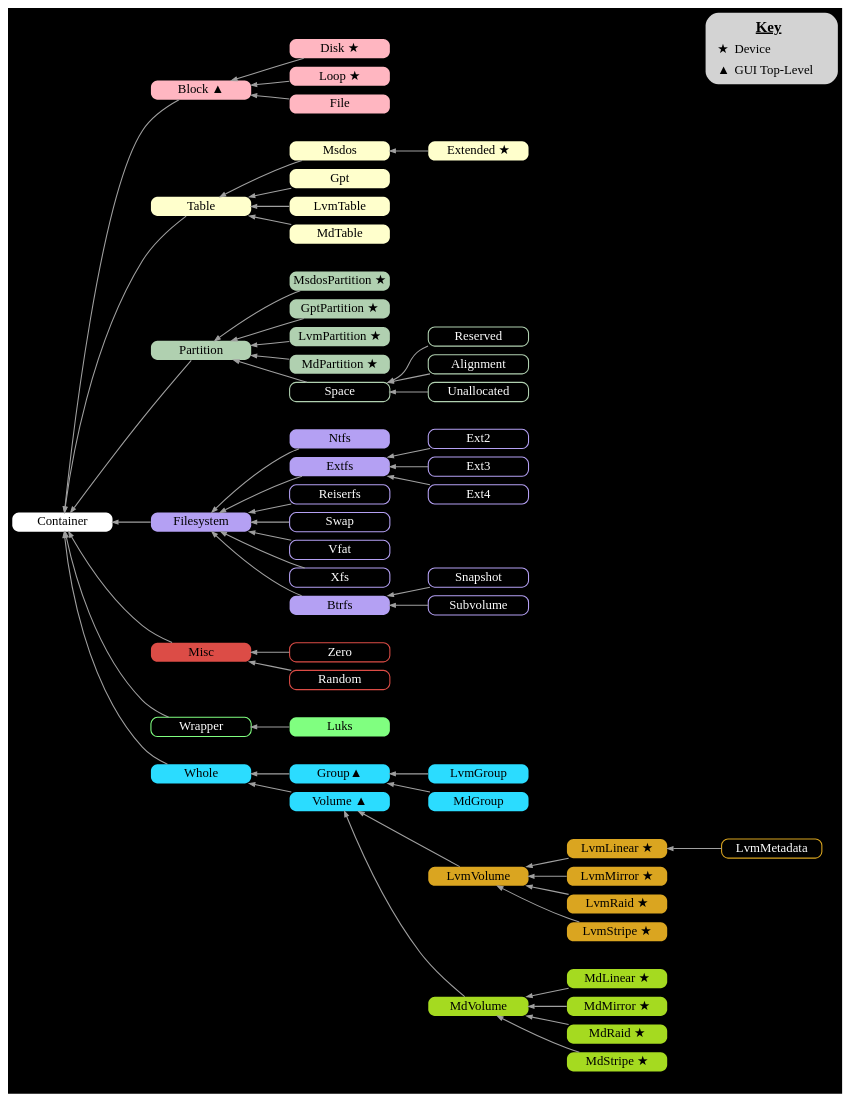
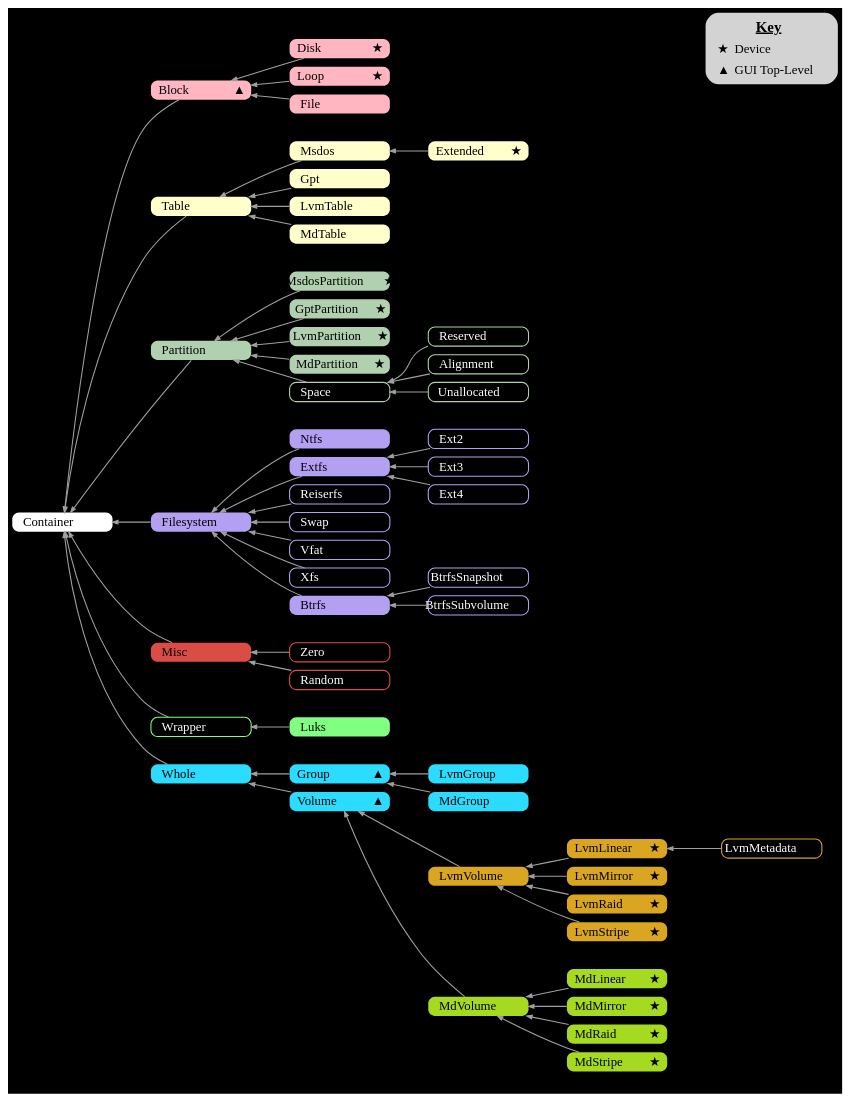
One commit to flatcap/dparted changed the diagram in gfx/class_dparted5.gv. Above: the diagram before and after it, drawn with Graphviz.

Commit message:
html labels

```diff
--- a/gfx/class_dparted5.gv
+++ b/gfx/class_dparted5.gv
@@ -31,76 +31,76 @@
 		<tr><td>▲</td><td align="left">GUI Top-Level</td></tr>
 	      </table> > ]
 
-	Container      [ fillcolor="#FFFFFF" label="Container"        ];
+	Container      [ fillcolor="#FFFFFF"                                    label=< <table border="0" cellspacing="0" cellpadding="0"> <tr><td width="70" align="left">Container</td><td>&nbsp;</td></tr> </table> > ]
 
-	Block          [ fillcolor="#FFB6C1" label="Block ▲"          ];
-	Disk           [ fillcolor="#FFB6C1" label="Disk ★"           ];
-	Loop           [ fillcolor="#FFB6C1" label="Loop ★"           ];
-	File           [ fillcolor="#FFB6C1" label="File"             ];
+	Block          [ fillcolor="#FFB6C1"                                    label=< <table border="0" cellspacing="0" cellpadding="0"> <tr><td width="70" align="left">Block</td><td>▲</td></tr> </table> > ]
+	Disk           [ fillcolor="#FFB6C1"                                    label=< <table border="0" cellspacing="0" cellpadding="0"> <tr><td width="70" align="left">Disk</td><td>★</td></tr> </table> > ]
+	Loop           [ fillcolor="#FFB6C1"                                    label=< <table border="0" cellspacing="0" cellpadding="0"> <tr><td width="70" align="left">Loop</td><td>★</td></tr> </table> > ]
+	File           [ fillcolor="#FFB6C1"                                    label=< <table border="0" cellspacing="0" cellpadding="0"> <tr><td width="70" align="left">File</td><td>&nbsp;</td></tr> </table> > ]
 
-	Table          [ fillcolor="#FFFFCC" label="Table"            ];
-	Msdos          [ fillcolor="#FFFFCC" label="Msdos"            ];
-	Extended       [ fillcolor="#FFFFCC" label="Extended ★"       ];
-	Gpt            [ fillcolor="#FFFFCC" label="Gpt"              ];
-	LvmTable       [ fillcolor="#FFFFCC" label="LvmTable"         ];
-	MdTable        [ fillcolor="#FFFFCC" label="MdTable"          ];
+	Table          [ fillcolor="#FFFFCC"                                    label=< <table border="0" cellspacing="0" cellpadding="0"> <tr><td width="70" align="left">Table</td><td>&nbsp;</td></tr> </table> > ]
+	Msdos          [ fillcolor="#FFFFCC"                                    label=< <table border="0" cellspacing="0" cellpadding="0"> <tr><td width="70" align="left">Msdos</td><td>&nbsp;</td></tr> </table> > ]
+	Extended       [ fillcolor="#FFFFCC"                                    label=< <table border="0" cellspacing="0" cellpadding="0"> <tr><td width="70" align="left">Extended</td><td>★</td></tr> </table> > ]
+	Gpt            [ fillcolor="#FFFFCC"                                    label=< <table border="0" cellspacing="0" cellpadding="0"> <tr><td width="70" align="left">Gpt</td><td>&nbsp;</td></tr> </table> > ]
+	LvmTable       [ fillcolor="#FFFFCC"                                    label=< <table border="0" cellspacing="0" cellpadding="0"> <tr><td width="70" align="left">LvmTable</td><td>&nbsp;</td></tr> </table> > ]
+	MdTable        [ fillcolor="#FFFFCC"                                    label=< <table border="0" cellspacing="0" cellpadding="0"> <tr><td width="70" align="left">MdTable</td><td>&nbsp;</td></tr> </table> > ]
 
-	Partition      [ fillcolor="#B0D0B0" label="Partition"        ];
-	MsdosPartition [ fillcolor="#B0D0B0" label="MsdosPartition ★" ];
-	GptPartition   [ fillcolor="#B0D0B0" label="GptPartition ★"   ];
-	LvmPartition   [ fillcolor="#B0D0B0" label="LvmPartition ★"   ];
-	MdPartition    [ fillcolor="#B0D0B0" label="MdPartition ★"    ];
+	Partition      [ fillcolor="#B0D0B0"                                    label=< <table border="0" cellspacing="0" cellpadding="0"> <tr><td width="70" align="left">Partition</td><td>&nbsp;</td></tr> </table> > ]
+	MsdosPartition [ fillcolor="#B0D0B0"                                    label=< <table border="0" cellspacing="0" cellpadding="0"> <tr><td width="70" align="left">MsdosPartition</td><td>★</td></tr> </table> > ]
+	GptPartition   [ fillcolor="#B0D0B0"                                    label=< <table border="0" cellspacing="0" cellpadding="0"> <tr><td width="70" align="left">GptPartition</td><td>★</td></tr> </table> > ]
+	LvmPartition   [ fillcolor="#B0D0B0"                                    label=< <table border="0" cellspacing="0" cellpadding="0"> <tr><td width="70" align="left">LvmPartition</td><td>★</td></tr> </table> > ]
+	MdPartition    [ fillcolor="#B0D0B0"                                    label=< <table border="0" cellspacing="0" cellpadding="0"> <tr><td width="70" align="left">MdPartition</td><td>★</td></tr> </table> > ]
 
-	Space          [ color="#B0D0B0" fontcolor=white style=solid penwidth=1 label="Space"            ];
-	Reserved       [ color="#B0D0B0" fontcolor=white style=solid penwidth=1 label="Reserved"         ];
-	Alignment      [ color="#B0D0B0" fontcolor=white style=solid penwidth=1 label="Alignment"        ];
-	Unallocated    [ color="#B0D0B0" fontcolor=white style=solid penwidth=1 label="Unallocated"      ];
+	Space          [ color="#B0D0B0" fontcolor=white style=solid penwidth=1 label=< <table border="0" cellspacing="0" cellpadding="0"> <tr><td width="70" align="left">Space</td><td>&nbsp;</td></tr> </table> > ]
+	Reserved       [ color="#B0D0B0" fontcolor=white style=solid penwidth=1 label=< <table border="0" cellspacing="0" cellpadding="0"> <tr><td width="70" align="left">Reserved</td><td>&nbsp;</td></tr> </table> > ]
+	Alignment      [ color="#B0D0B0" fontcolor=white style=solid penwidth=1 label=< <table border="0" cellspacing="0" cellpadding="0"> <tr><td width="70" align="left">Alignment</td><td>&nbsp;</td></tr> </table> > ]
+	Unallocated    [ color="#B0D0B0" fontcolor=white style=solid penwidth=1 label=< <table border="0" cellspacing="0" cellpadding="0"> <tr><td width="70" align="left">Unallocated</td><td>&nbsp;</td></tr> </table> > ]
 
-	Filesystem     [ fillcolor="#B4A0F3" label="Filesystem"       ];
-	Extfs          [ fillcolor="#B4A0F3" label="Extfs"            ];
-	Btrfs          [ fillcolor="#B4A0F3" label="Btrfs"            ];
-	Ntfs           [ fillcolor="#B4A0F3" label="Ntfs"             ];
+	Filesystem     [ fillcolor="#B4A0F3"                                    label=< <table border="0" cellspacing="0" cellpadding="0"> <tr><td width="70" align="left">Filesystem</td><td>&nbsp;</td></tr> </table> > ]
+	Extfs          [ fillcolor="#B4A0F3"                                    label=< <table border="0" cellspacing="0" cellpadding="0"> <tr><td width="70" align="left">Extfs</td><td>&nbsp;</td></tr> </table> > ]
+	Btrfs          [ fillcolor="#B4A0F3"                                    label=< <table border="0" cellspacing="0" cellpadding="0"> <tr><td width="70" align="left">Btrfs</td><td>&nbsp;</td></tr> </table> > ]
+	Ntfs           [ fillcolor="#B4A0F3"                                    label=< <table border="0" cellspacing="0" cellpadding="0"> <tr><td width="70" align="left">Ntfs</td><td>&nbsp;</td></tr> </table> > ]
 
-	Ext2           [ color    ="#B4A0F3" fontcolor=white style=solid penwidth=1 label="Ext2"             ];
-	Ext3           [ color    ="#B4A0F3" fontcolor=white style=solid penwidth=1 label="Ext3"             ];
-	Ext4           [ color    ="#B4A0F3" fontcolor=white style=solid penwidth=1 label="Ext4"             ];
+	Ext2           [ color="#B4A0F3" fontcolor=white style=solid penwidth=1 label=< <table border="0" cellspacing="0" cellpadding="0"> <tr><td width="70" align="left">Ext2</td><td>&nbsp;</td></tr> </table> > ]
+	Ext3           [ color="#B4A0F3" fontcolor=white style=solid penwidth=1 label=< <table border="0" cellspacing="0" cellpadding="0"> <tr><td width="70" align="left">Ext3</td><td>&nbsp;</td></tr> </table> > ]
+	Ext4           [ color="#B4A0F3" fontcolor=white style=solid penwidth=1 label=< <table border="0" cellspacing="0" cellpadding="0"> <tr><td width="70" align="left">Ext4</td><td>&nbsp;</td></tr> </table> > ]
 
-	Reiserfs       [ color    ="#B4A0F3" fontcolor=white style=solid penwidth=1 label="Reiserfs"         ];
-	Swap           [ color    ="#B4A0F3" fontcolor=white style=solid penwidth=1 label="Swap"             ];
-	Vfat           [ color    ="#B4A0F3" fontcolor=white style=solid penwidth=1 label="Vfat"             ];
-	Xfs            [ color    ="#B4A0F3" fontcolor=white style=solid penwidth=1 label="Xfs"              ];
+	Reiserfs       [ color="#B4A0F3" fontcolor=white style=solid penwidth=1 label=< <table border="0" cellspacing="0" cellpadding="0"> <tr><td width="70" align="left">Reiserfs</td><td>&nbsp;</td></tr> </table> > ]
+	Swap           [ color="#B4A0F3" fontcolor=white style=solid penwidth=1 label=< <table border="0" cellspacing="0" cellpadding="0"> <tr><td width="70" align="left">Swap</td><td>&nbsp;</td></tr> </table> > ]
+	Vfat           [ color="#B4A0F3" fontcolor=white style=solid penwidth=1 label=< <table border="0" cellspacing="0" cellpadding="0"> <tr><td width="70" align="left">Vfat</td><td>&nbsp;</td></tr> </table> > ]
+	Xfs            [ color="#B4A0F3" fontcolor=white style=solid penwidth=1 label=< <table border="0" cellspacing="0" cellpadding="0"> <tr><td width="70" align="left">Xfs</td><td>&nbsp;</td></tr> </table> > ]
 
-	BtrfsSnapshot  [ color    ="#B4A0F3" fontcolor=white style=solid penwidth=1 label="Snapshot"         ];
-	BtrfsSubvolume [ color    ="#B4A0F3" fontcolor=white style=solid penwidth=1 label="Subvolume"        ];
+	BtrfsSnapshot  [ color="#B4A0F3" fontcolor=white style=solid penwidth=1 label=< <table border="0" cellspacing="0" cellpadding="0"> <tr><td width="70" align="left">BtrfsSnapshot</td><td>&nbsp;</td></tr> </table> > ]
+	BtrfsSubvolume [ color="#B4A0F3" fontcolor=white style=solid penwidth=1 label=< <table border="0" cellspacing="0" cellpadding="0"> <tr><td width="70" align="left">BtrfsSubvolume</td><td>&nbsp;</td></tr> </table> > ]
 
-	Misc           [ fillcolor="#DC4C46" label="Misc"             ];
+	Misc           [ fillcolor="#DC4C46"                                    label=< <table border="0" cellspacing="0" cellpadding="0"> <tr><td width="70" align="left">Misc</td><td>&nbsp;</td></tr> </table> > ]
 
-	Zero           [ color    ="#DC4C46" fontcolor=white style=solid penwidth=1 label="Zero"             ];
-	Random         [ color    ="#DC4C46" fontcolor=white style=solid penwidth=1 label="Random"           ];
+	Zero           [ color="#DC4C46" fontcolor=white style=solid penwidth=1 label=< <table border="0" cellspacing="0" cellpadding="0"> <tr><td width="70" align="left">Zero</td><td>&nbsp;</td></tr> </table> > ]
+	Random         [ color="#DC4C46" fontcolor=white style=solid penwidth=1 label=< <table border="0" cellspacing="0" cellpadding="0"> <tr><td width="70" align="left">Random</td><td>&nbsp;</td></tr> </table> > ]
 
-	Wrapper        [ color    ="#80FF80" fontcolor=white style=solid penwidth=1 label="Wrapper"          ];
+	Wrapper        [ color="#80FF80" fontcolor=white style=solid penwidth=1 label=< <table border="0" cellspacing="0" cellpadding="0"> <tr><td width="70" align="left">Wrapper</td><td>&nbsp;</td></tr> </table> > ]
 
-	Luks           [ fillcolor="#80FF80" label="Luks"             ];
+	Luks           [ fillcolor="#80FF80"                                    label=< <table border="0" cellspacing="0" cellpadding="0"> <tr><td width="70" align="left">Luks</td><td>&nbsp;</td></tr> </table> > ]
 
-	Volume         [ fillcolor="#2BDCFF" label="Volume ▲"         ];
-	Whole          [ fillcolor="#2BDCFF" label="Whole"            ];
-	Group          [ fillcolor="#2BDCFF" label="Group▲"           ];
-	LvmGroup       [ fillcolor="#2BDCFF" label="LvmGroup"         ];
-	MdGroup        [ fillcolor="#2BDCFF" label="MdGroup"          ];
+	Volume         [ fillcolor="#2BDCFF"                                    label=< <table border="0" cellspacing="0" cellpadding="0"> <tr><td width="70" align="left">Volume</td><td>▲</td></tr> </table> > ]
+	Whole          [ fillcolor="#2BDCFF"                                    label=< <table border="0" cellspacing="0" cellpadding="0"> <tr><td width="70" align="left">Whole</td><td>&nbsp;</td></tr> </table> > ]
+	Group          [ fillcolor="#2BDCFF"                                    label=< <table border="0" cellspacing="0" cellpadding="0"> <tr><td width="70" align="left">Group</td><td>▲</td></tr> </table> > ]
+	LvmGroup       [ fillcolor="#2BDCFF"                                    label=< <table border="0" cellspacing="0" cellpadding="0"> <tr><td width="70" align="left">LvmGroup</td><td>&nbsp;</td></tr> </table> > ]
+	MdGroup        [ fillcolor="#2BDCFF"                                    label=< <table border="0" cellspacing="0" cellpadding="0"> <tr><td width="70" align="left">MdGroup</td><td>&nbsp;</td></tr> </table> > ]
 
-	LvmLinear      [ fillcolor="#DAA520" label="LvmLinear ★"      ];
-	LvmMirror      [ fillcolor="#DAA520" label="LvmMirror ★"      ];
-	LvmRaid        [ fillcolor="#DAA520" label="LvmRaid ★"        ];
-	LvmStripe      [ fillcolor="#DAA520" label="LvmStripe ★"      ];
-	LvmVolume      [ fillcolor="#DAA520" label="LvmVolume"        ];
+	LvmLinear      [ fillcolor="#DAA520"                                    label=< <table border="0" cellspacing="0" cellpadding="0"> <tr><td width="70" align="left">LvmLinear</td><td>★</td></tr> </table> > ]
+	LvmMirror      [ fillcolor="#DAA520"                                    label=< <table border="0" cellspacing="0" cellpadding="0"> <tr><td width="70" align="left">LvmMirror</td><td>★</td></tr> </table> > ]
+	LvmRaid        [ fillcolor="#DAA520"                                    label=< <table border="0" cellspacing="0" cellpadding="0"> <tr><td width="70" align="left">LvmRaid</td><td>★</td></tr> </table> > ]
+	LvmStripe      [ fillcolor="#DAA520"                                    label=< <table border="0" cellspacing="0" cellpadding="0"> <tr><td width="70" align="left">LvmStripe</td><td>★</td></tr> </table> > ]
+	LvmVolume      [ fillcolor="#DAA520"                                    label=< <table border="0" cellspacing="0" cellpadding="0"> <tr><td width="70" align="left">LvmVolume</td><td>&nbsp;</td></tr> </table> > ]
 
-	LvmMetadata    [ color    ="#DAA520" fontcolor=white style=solid penwidth=1 label="LvmMetadata"      ];
+	LvmMetadata    [ color="#DAA520" fontcolor=white style=solid penwidth=1 label=< <table border="0" cellspacing="0" cellpadding="0"> <tr><td width="70" align="left">LvmMetadata</td><td>&nbsp;</td></tr> </table> > ]
 
-	MdLinear       [ fillcolor="#A5DA20" label="MdLinear ★"       ];
-	MdMirror       [ fillcolor="#A5DA20" label="MdMirror ★"       ];
-	MdRaid         [ fillcolor="#A5DA20" label="MdRaid ★"         ];
-	MdStripe       [ fillcolor="#A5DA20" label="MdStripe ★"       ];
-	MdVolume       [ fillcolor="#A5DA20" label="MdVolume"         ];
+	MdLinear       [ fillcolor="#A5DA20"                                    label=< <table border="0" cellspacing="0" cellpadding="0"> <tr><td width="70" align="left">MdLinear</td><td>★</td></tr> </table> > ]
+	MdMirror       [ fillcolor="#A5DA20"                                    label=< <table border="0" cellspacing="0" cellpadding="0"> <tr><td width="70" align="left">MdMirror</td><td>★</td></tr> </table> > ]
+	MdRaid         [ fillcolor="#A5DA20"                                    label=< <table border="0" cellspacing="0" cellpadding="0"> <tr><td width="70" align="left">MdRaid</td><td>★</td></tr> </table> > ]
+	MdStripe       [ fillcolor="#A5DA20"                                    label=< <table border="0" cellspacing="0" cellpadding="0"> <tr><td width="70" align="left">MdStripe</td><td>★</td></tr> </table> > ]
+	MdVolume       [ fillcolor="#A5DA20"                                    label=< <table border="0" cellspacing="0" cellpadding="0"> <tr><td width="70" align="left">MdVolume</td><td>&nbsp;</td></tr> </table> > ]
 
 	Block      -> Container;
 	Filesystem -> Container;
```
